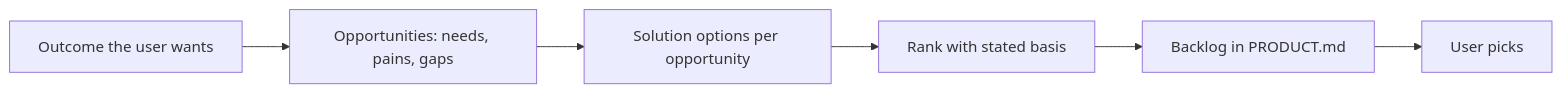
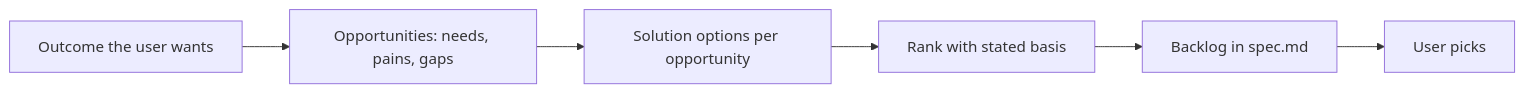
Before and after one commit to Tuan-Quyen/technical-teams: the diagram in skills/business-analysis/references/contexts.md, drawn with Mermaid. The commit also changed other lines of this file and 65 other files, not shown here.

````diff
--- a/skills/business-analysis/references/contexts.md
+++ b/skills/business-analysis/references/contexts.md
@@ -43,7 +43,7 @@
 ```mermaid
 flowchart LR
   O[Outcome the user wants] --> P[Opportunities: needs, pains, gaps]
   P --> S[Solution options per opportunity]
   S --> R[Rank with stated basis]
-  R --> B[Backlog in PRODUCT.md] --> U[User picks]
+  R --> B[Backlog in spec.md] --> U[User picks]
 ```
````
